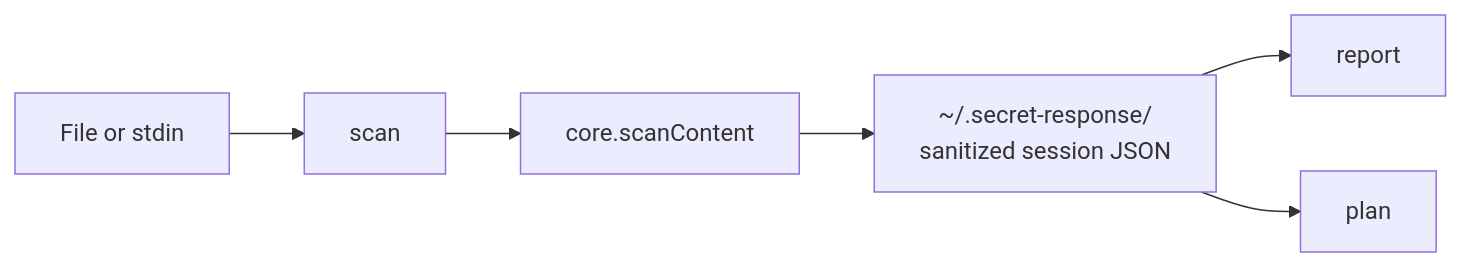
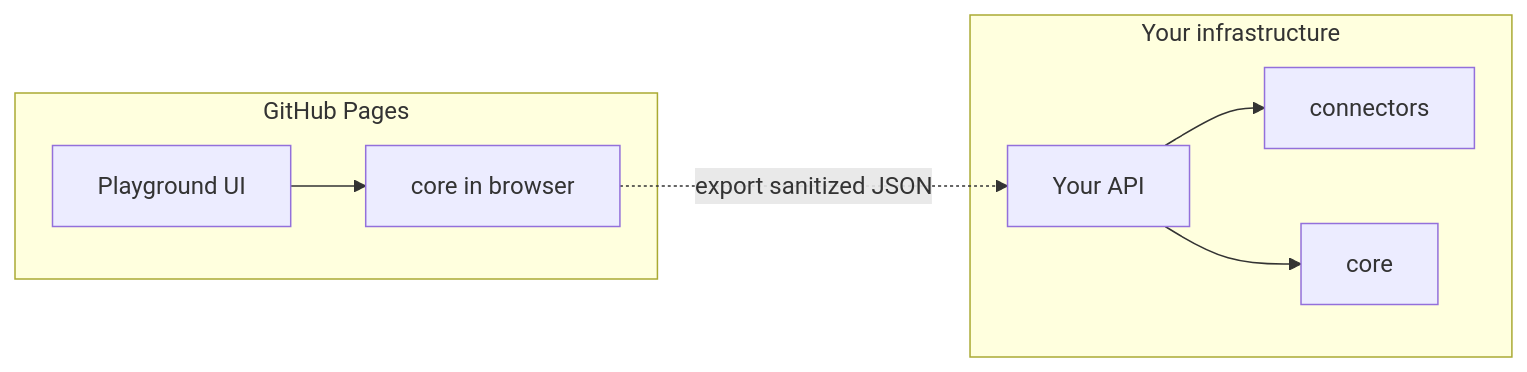
One commit to amulyavarshney/Secret-Exposure-Response-Assistant changed the third of 3 diagrams in docs/ARCHITECTURE.md. Above: the diagram before and after it, drawn with Mermaid. The commit also changed other lines of this file and 81 other files, not shown here.

First line of the commit message:
Add Vite playground, Pages deploy, and production docs.

````diff
--- a/docs/ARCHITECTURE.md
+++ b/docs/ARCHITECTURE.md
@@ -176,8 +56,15 @@
 ```mermaid
 flowchart LR
-  File[File or stdin] --> ScanCmd[scan]
-  ScanCmd --> Core[core.scanContent]
-  Core --> Session["~/.secret-response/<br/>sanitized session JSON"]
-  Session --> ReportCmd[report]
-  Session --> PlanCmd[plan]
+  subgraph pages [GitHub Pages]
+    UI[Playground UI]
+    UI --> BrowserCore[core in browser]
+  end
+
+  subgraph org [Your infrastructure]
+    Server[Your API]
+    Server --> Conn[connectors]
+    Server --> CoreSrv[core]
+  end
+
+  BrowserCore -.->|export sanitized JSON| Server
 ```
````
